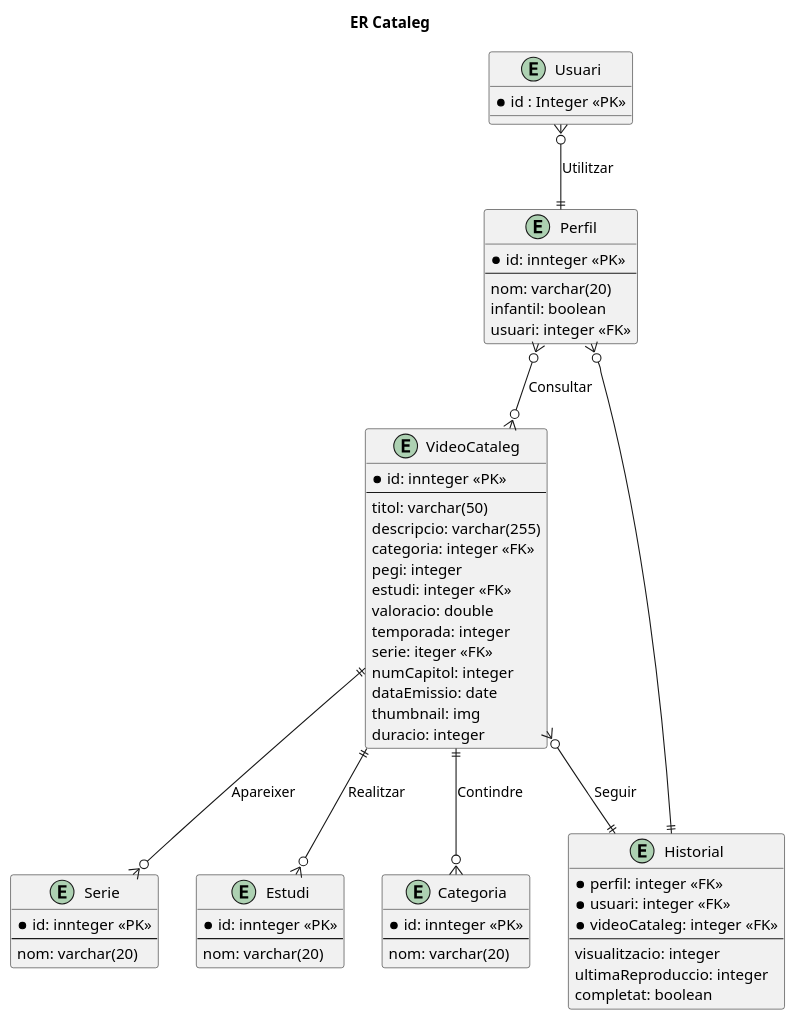
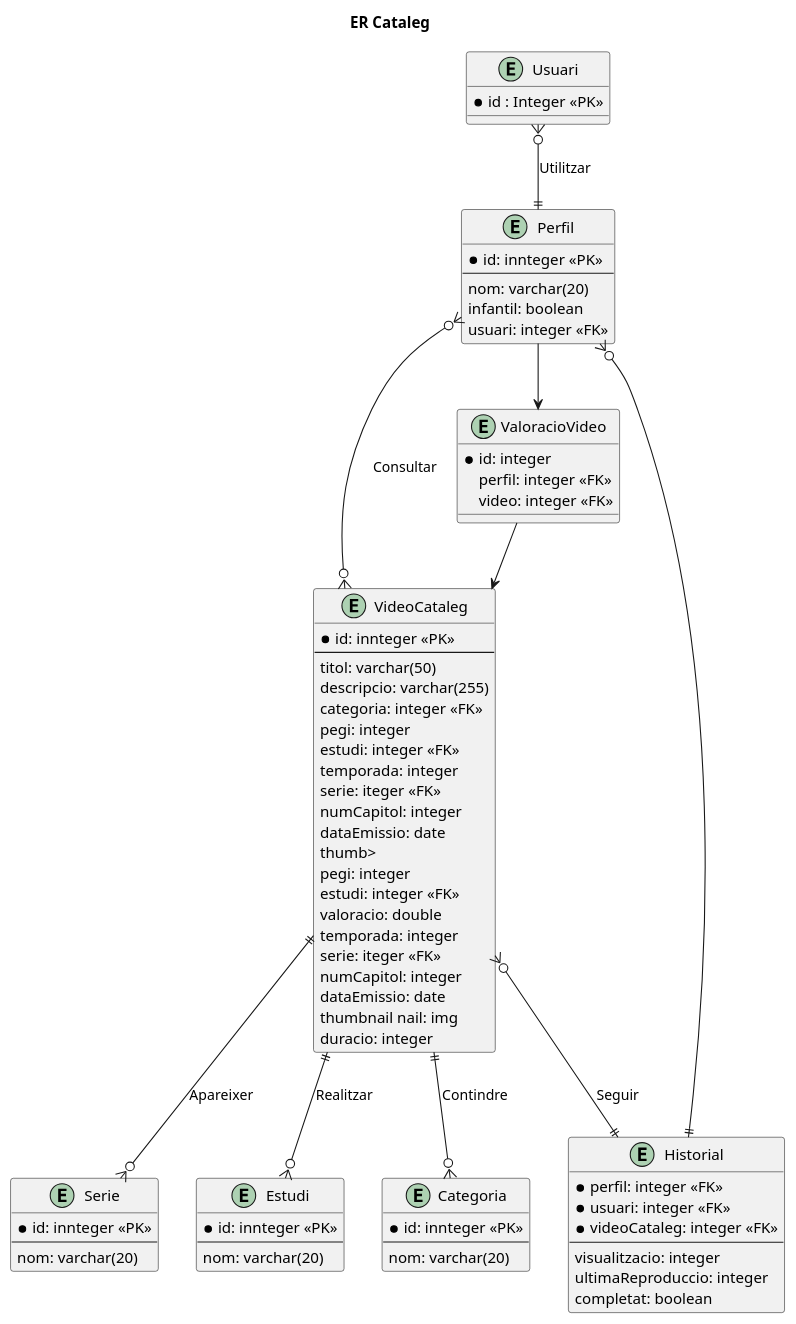
Before and after one commit to Toxolo/ProyecteIntermodular: the diagram in doc/ER/ER-Cataleg.md, drawn with PlantUML. The commit also changed 3 other files, not shown here.

Commit message:
CRUD video cataleg + fixes JPA

````diff
--- a/doc/ER/ER-Cataleg.md
+++ b/doc/ER/ER-Cataleg.md
@@ -13,13 +13,27 @@
     categoria: integer <<FK>>
     pegi: integer
     estudi: integer <<FK>>
+    temporada: integer
+    serie: iteger <<FK>>
+    numCapitol: integer
+    dataEmissio: date
+    thumb>
+    pegi: integer
+    estudi: integer <<FK>>
     valoracio: double
     temporada: integer
     serie: iteger <<FK>>
     numCapitol: integer
     dataEmissio: date
-    thumbnail: img
+    thumbnail nail: img
     duracio: integer
+}
+
+
+entity ValoracioVideo{
+    *id: integer
+    perfil: integer <<FK>>
+    video: integer <<FK>>
 }
 
 entity Serie{
@@ -69,6 +83,9 @@
 Perfil }o--o{ VideoCataleg : Consultar
 
 Perfil }o--|| Historial
+Perfil --> ValoracioVideo
+
+ValoracioVideo --> VideoCataleg
 
 @enduml
 ```
````
